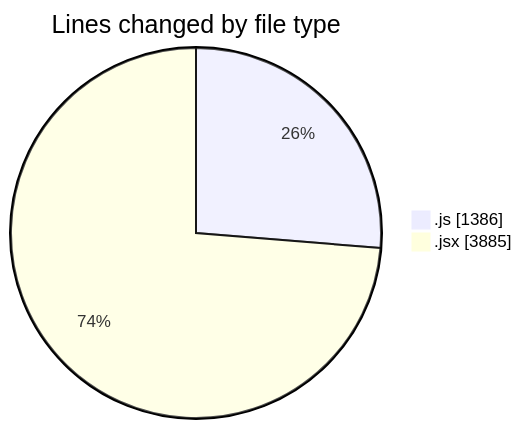
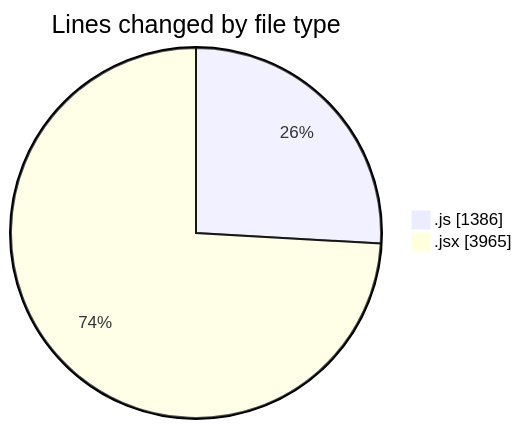
Before and after one commit to nxtqubesakshisongat/code-tracking: the first of 2 diagrams in 2025-07-29/nxtqube_webapp/README.md, drawn with Mermaid. The commit also changed other lines of this file and 1 other file, not shown here.

````diff
--- a/2025-07-29/nxtqube_webapp/README.md
+++ b/2025-07-29/nxtqube_webapp/README.md
@@ -31,6 +31,6 @@
 ```mermaid
 pie showData
 title Lines changed by file type
 ".js" : 1386
-".jsx" : 3885
+".jsx" : 3965
 ```
````
